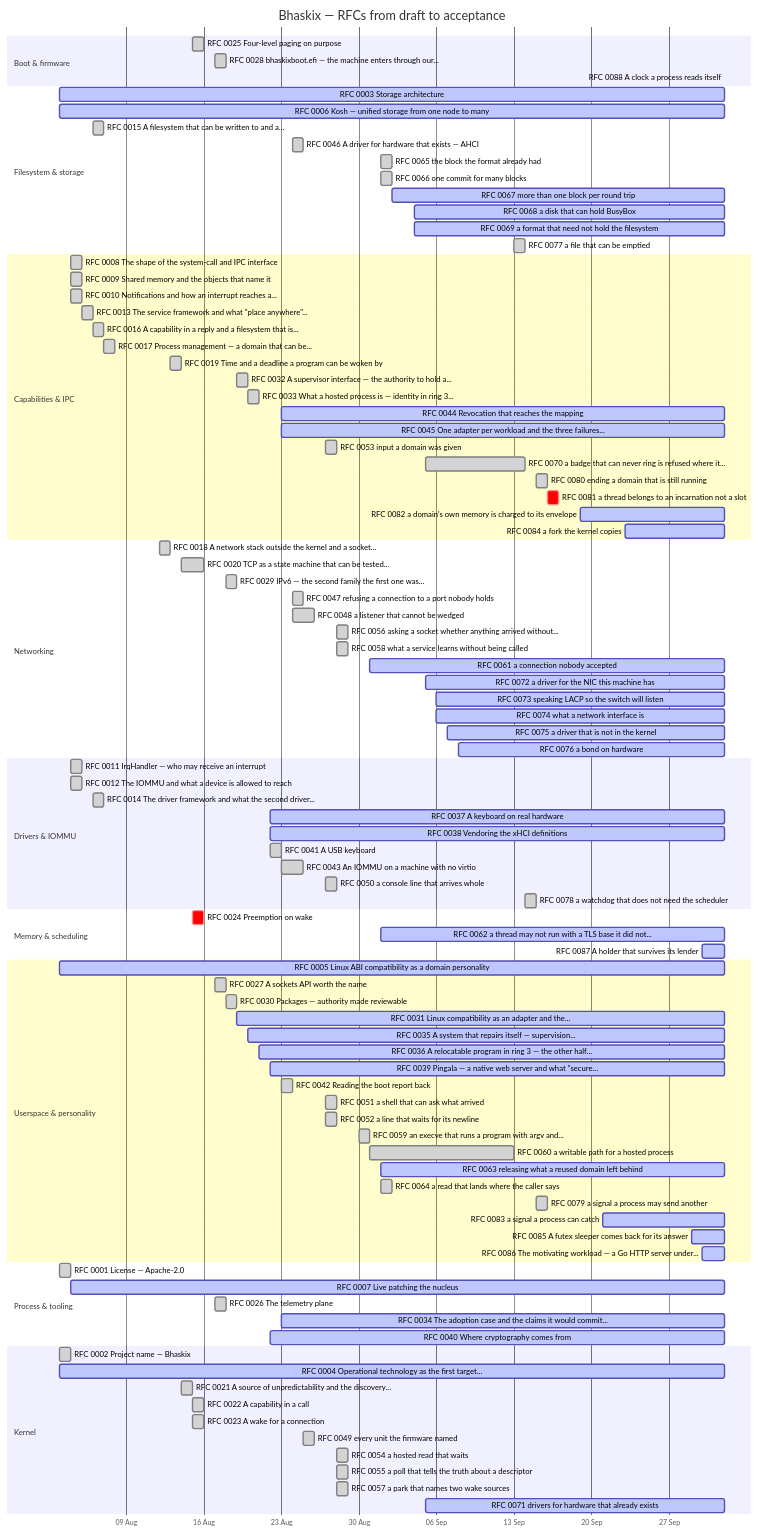
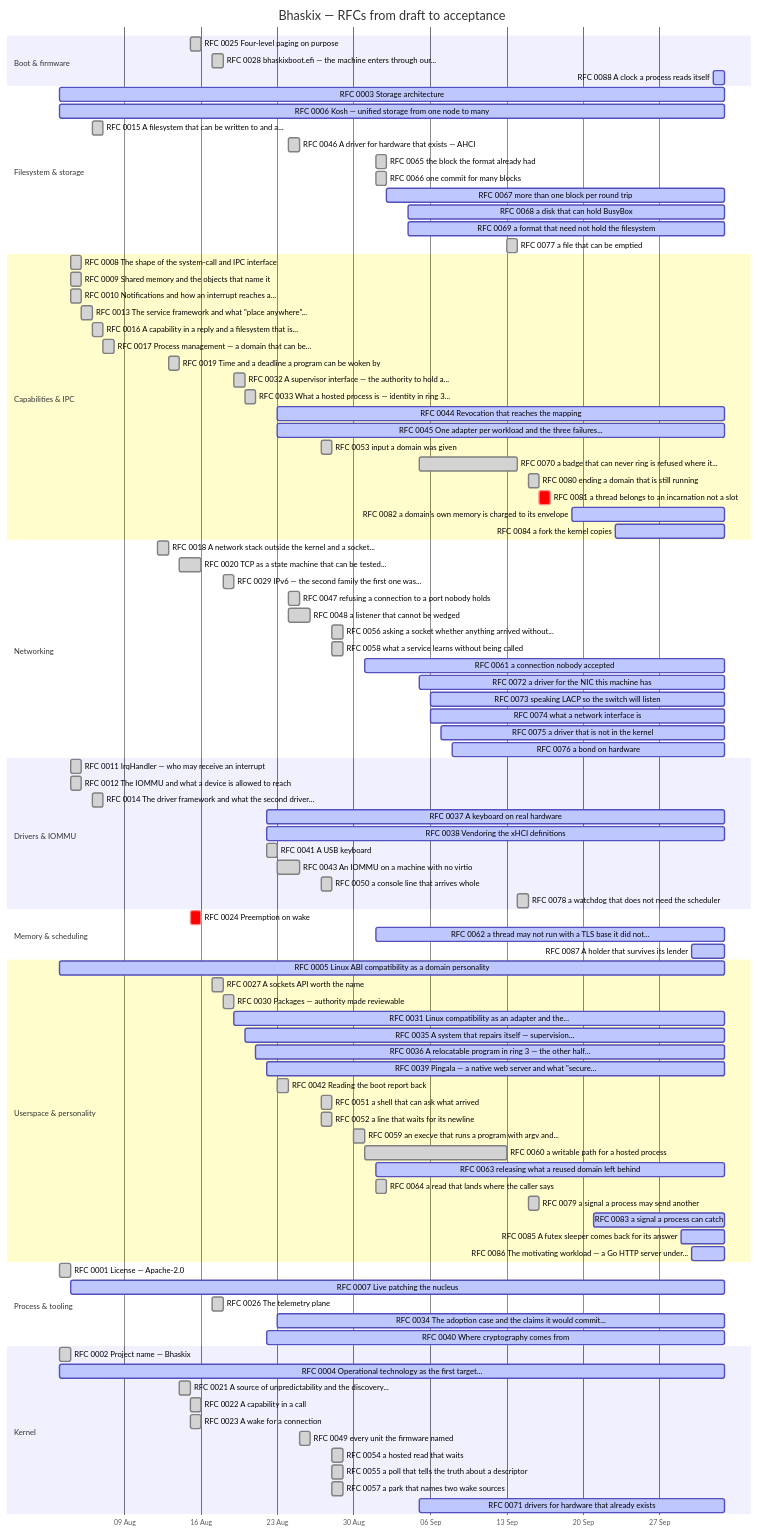
The diagram in docs/progress.md (bhaskix/bhaskix), drawn with Mermaid before and after one commit. The commit also changed other lines of this file and 3 other files, not shown here.

````diff
--- a/docs/progress.md
+++ b/docs/progress.md
@@ -30,17 +30,17 @@
     section Boot & firmware
     RFC 0025 Four-level paging on purpose :done, r0025, 2026-08-15, 2026-08-16
     RFC 0028 bhaskixboot.efi — the machine enters through our... :done, r0028, 2026-08-17, 2026-08-18
-    RFC 0088 A clock a process reads itself :active, r0088, 2026-10-02, 2026-10-02
+    RFC 0088 A clock a process reads itself :active, r0088, 2026-10-02, 2026-10-03
     section Filesystem & storage
-    RFC 0003 Storage architecture :active, r0003, 2026-08-03, 2026-10-02
-    RFC 0006 Kosh — unified storage from one node to many :active, r0006, 2026-08-03, 2026-10-02
+    RFC 0003 Storage architecture :active, r0003, 2026-08-03, 2026-10-03
+    RFC 0006 Kosh — unified storage from one node to many :active, r0006, 2026-08-03, 2026-10-03
     RFC 0015 A filesystem that can be written to and a... :done, r0015, 2026-08-06, 1d
     RFC 0046 A driver for hardware that exists — AHCI :done, r0046, 2026-08-24, 1d
     RFC 0065 the block the format already had :done, r0065, 2026-09-01, 1d
     RFC 0066 one commit for many blocks :done, r0066, 2026-09-01, 1d
-    RFC 0067 more than one block per round trip :active, r0067, 2026-09-02, 2026-10-02
-    RFC 0068 a disk that can hold BusyBox :active, r0068, 2026-09-04, 2026-10-02
-    RFC 0069 a format that need not hold the filesystem :active, r0069, 2026-09-04, 2026-10-02
+    RFC 0067 more than one block per round trip :active, r0067, 2026-09-02, 2026-10-03
+    RFC 0068 a disk that can hold BusyBox :active, r0068, 2026-09-04, 2026-10-03
+    RFC 0069 a format that need not hold the filesystem :active, r0069, 2026-09-04, 2026-10-03
     RFC 0077 a file that can be emptied :done, r0077, 2026-09-13, 1d
     section Capabilities & IPC
     RFC 0008 The shape of the system-call and IPC interface :done, r0008, 2026-08-04, 1d
@@ -52,14 +52,14 @@
     RFC 0019 Time and a deadline a program can be woken by :done, r0019, 2026-08-13, 2026-08-14
     RFC 0032 A supervisor interface — the authority to hold a... :done, r0032, 2026-08-19, 2026-08-20
     RFC 0033 What a hosted process is — identity in ring 3... :done, r0033, 2026-08-20, 1d
-    RFC 0044 Revocation that reaches the mapping :active, r0044, 2026-08-23, 2026-10-02
-    RFC 0045 One adapter per workload and the three failures... :active, r0045, 2026-08-23, 2026-10-02
+    RFC 0044 Revocation that reaches the mapping :active, r0044, 2026-08-23, 2026-10-03
+    RFC 0045 One adapter per workload and the three failures... :active, r0045, 2026-08-23, 2026-10-03
     RFC 0053 input a domain was given :done, r0053, 2026-08-27, 1d
     RFC 0070 a badge that can never ring is refused where it... :done, r0070, 2026-09-05, 2026-09-14
     RFC 0080 ending a domain that is still running :done, r0080, 2026-09-15, 1d
     RFC 0081 a thread belongs to an incarnation not a slot :crit, r0081, 2026-09-16, 1d
-    RFC 0082 a domain's own memory is charged to its envelope :active, r0082, 2026-09-19, 2026-10-02
-    RFC 0084 a fork the kernel copies :active, r0084, 2026-09-23, 2026-10-02
+    RFC 0082 a domain's own memory is charged to its envelope :active, r0082, 2026-09-19, 2026-10-03
+    RFC 0084 a fork the kernel copies :active, r0084, 2026-09-23, 2026-10-03
     section Networking
     RFC 0018 A network stack outside the kernel and a socket... :done, r0018, 2026-08-12, 2026-08-13
     RFC 0020 TCP as a state machine that can be tested... :done, r0020, 2026-08-14, 2026-08-16
@@ -68,54 +68,54 @@
     RFC 0048 a listener that cannot be wedged :done, r0048, 2026-08-24, 2026-08-26
     RFC 0056 asking a socket whether anything arrived without... :done, r0056, 2026-08-28, 1d
     RFC 0058 what a service learns without being called :done, r0058, 2026-08-28, 1d
-    RFC 0061 a connection nobody accepted :active, r0061, 2026-08-31, 2026-10-02
-    RFC 0072 a driver for the NIC this machine has :active, r0072, 2026-09-05, 2026-10-02
-    RFC 0073 speaking LACP so the switch will listen :active, r0073, 2026-09-06, 2026-10-02
-    RFC 0074 what a network interface is :active, r0074, 2026-09-06, 2026-10-02
-    RFC 0075 a driver that is not in the kernel :active, r0075, 2026-09-07, 2026-10-02
-    RFC 0076 a bond on hardware :active, r0076, 2026-09-08, 2026-10-02
+    RFC 0061 a connection nobody accepted :active, r0061, 2026-08-31, 2026-10-03
+    RFC 0072 a driver for the NIC this machine has :active, r0072, 2026-09-05, 2026-10-03
+    RFC 0073 speaking LACP so the switch will listen :active, r0073, 2026-09-06, 2026-10-03
+    RFC 0074 what a network interface is :active, r0074, 2026-09-06, 2026-10-03
+    RFC 0075 a driver that is not in the kernel :active, r0075, 2026-09-07, 2026-10-03
+    RFC 0076 a bond on hardware :active, r0076, 2026-09-08, 2026-10-03
     section Drivers & IOMMU
     RFC 0011 IrqHandler — who may receive an interrupt :done, r0011, 2026-08-04, 1d
     RFC 0012 The IOMMU and what a device is allowed to reach :done, r0012, 2026-08-04, 1d
     RFC 0014 The driver framework and what the second driver... :done, r0014, 2026-08-06, 1d
-    RFC 0037 A keyboard on real hardware :active, r0037, 2026-08-22, 2026-10-02
-    RFC 0038 Vendoring the xHCI definitions :active, r0038, 2026-08-22, 2026-10-02
+    RFC 0037 A keyboard on real hardware :active, r0037, 2026-08-22, 2026-10-03
+    RFC 0038 Vendoring the xHCI definitions :active, r0038, 2026-08-22, 2026-10-03
     RFC 0041 A USB keyboard :done, r0041, 2026-08-22, 2026-08-23
     RFC 0043 An IOMMU on a machine with no virtio :done, r0043, 2026-08-23, 2026-08-25
     RFC 0050 a console line that arrives whole :done, r0050, 2026-08-27, 1d
     RFC 0078 a watchdog that does not need the scheduler :done, r0078, 2026-09-14, 2026-09-15
     section Memory & scheduling
     RFC 0024 Preemption on wake :crit, r0024, 2026-08-15, 1d
-    RFC 0062 a thread may not run with a TLS base it did not... :active, r0062, 2026-09-01, 2026-10-02
-    RFC 0087 A holder that survives its lender :active, r0087, 2026-09-30, 2026-10-02
+    RFC 0062 a thread may not run with a TLS base it did not... :active, r0062, 2026-09-01, 2026-10-03
+    RFC 0087 A holder that survives its lender :active, r0087, 2026-09-30, 2026-10-03
     section Userspace & personality
-    RFC 0005 Linux ABI compatibility as a domain personality :active, r0005, 2026-08-03, 2026-10-02
+    RFC 0005 Linux ABI compatibility as a domain personality :active, r0005, 2026-08-03, 2026-10-03
     RFC 0027 A sockets API worth the name :done, r0027, 2026-08-17, 1d
     RFC 0030 Packages — authority made reviewable :done, r0030, 2026-08-18, 2026-08-19
-    RFC 0031 Linux compatibility as an adapter and the... :active, r0031, 2026-08-19, 2026-10-02
-    RFC 0035 A system that repairs itself — supervision... :active, r0035, 2026-08-20, 2026-10-02
-    RFC 0036 A relocatable program in ring 3 — the other half... :active, r0036, 2026-08-21, 2026-10-02
-    RFC 0039 Pingala — a native web server and what "secure... :active, r0039, 2026-08-22, 2026-10-02
+    RFC 0031 Linux compatibility as an adapter and the... :active, r0031, 2026-08-19, 2026-10-03
+    RFC 0035 A system that repairs itself — supervision... :active, r0035, 2026-08-20, 2026-10-03
+    RFC 0036 A relocatable program in ring 3 — the other half... :active, r0036, 2026-08-21, 2026-10-03
+    RFC 0039 Pingala — a native web server and what "secure... :active, r0039, 2026-08-22, 2026-10-03
     RFC 0042 Reading the boot report back :done, r0042, 2026-08-23, 1d
     RFC 0051 a shell that can ask what arrived :done, r0051, 2026-08-27, 1d
     RFC 0052 a line that waits for its newline :done, r0052, 2026-08-27, 1d
     RFC 0059 an execve that runs a program with argv and... :done, r0059, 2026-08-30, 1d
     RFC 0060 a writable path for a hosted process :done, r0060, 2026-08-31, 2026-09-13
-    RFC 0063 releasing what a reused domain left behind :active, r0063, 2026-09-01, 2026-10-02
+    RFC 0063 releasing what a reused domain left behind :active, r0063, 2026-09-01, 2026-10-03
     RFC 0064 a read that lands where the caller says :done, r0064, 2026-09-01, 1d
     RFC 0079 a signal a process may send another :done, r0079, 2026-09-15, 1d
-    RFC 0083 a signal a process can catch :active, r0083, 2026-09-21, 2026-10-02
-    RFC 0085 A futex sleeper comes back for its answer :active, r0085, 2026-09-29, 2026-10-02
-    RFC 0086 The motivating workload — a Go HTTP server under... :active, r0086, 2026-09-30, 2026-10-02
+    RFC 0083 a signal a process can catch :active, r0083, 2026-09-21, 2026-10-03
+    RFC 0085 A futex sleeper comes back for its answer :active, r0085, 2026-09-29, 2026-10-03
+    RFC 0086 The motivating workload — a Go HTTP server under... :active, r0086, 2026-09-30, 2026-10-03
     section Process & tooling
     RFC 0001 License — Apache-2.0 :done, r0001, 2026-08-03, 1d
-    RFC 0007 Live patching the nucleus :active, r0007, 2026-08-04, 2026-10-02
+    RFC 0007 Live patching the nucleus :active, r0007, 2026-08-04, 2026-10-03
     RFC 0026 The telemetry plane :done, r0026, 2026-08-17, 1d
-    RFC 0034 The adoption case and the claims it would commit... :active, r0034, 2026-08-23, 2026-10-02
-    RFC 0040 Where cryptography comes from :active, r0040, 2026-08-22, 2026-10-02
+    RFC 0034 The adoption case and the claims it would commit... :active, r0034, 2026-08-23, 2026-10-03
+    RFC 0040 Where cryptography comes from :active, r0040, 2026-08-22, 2026-10-03
     section Kernel
     RFC 0002 Project name — Bhaskix :done, r0002, 2026-08-03, 1d
-    RFC 0004 Operational technology as the first target... :active, r0004, 2026-08-03, 2026-10-02
+    RFC 0004 Operational technology as the first target... :active, r0004, 2026-08-03, 2026-10-03
     RFC 0021 A source of unpredictability and the discovery... :done, r0021, 2026-08-14, 1d
     RFC 0022 A capability in a call :done, r0022, 2026-08-15, 2026-08-16
     RFC 0023 A wake for a connection :done, r0023, 2026-08-15, 2026-08-16
@@ -123,5 +123,5 @@
     RFC 0054 a hosted read that waits :done, r0054, 2026-08-28, 1d
     RFC 0055 a poll that tells the truth about a descriptor :done, r0055, 2026-08-28, 1d
     RFC 0057 a park that names two wake sources :done, r0057, 2026-08-28, 1d
-    RFC 0071 drivers for hardware that already exists :active, r0071, 2026-09-05, 2026-10-02
+    RFC 0071 drivers for hardware that already exists :active, r0071, 2026-09-05, 2026-10-03
 ```
````
